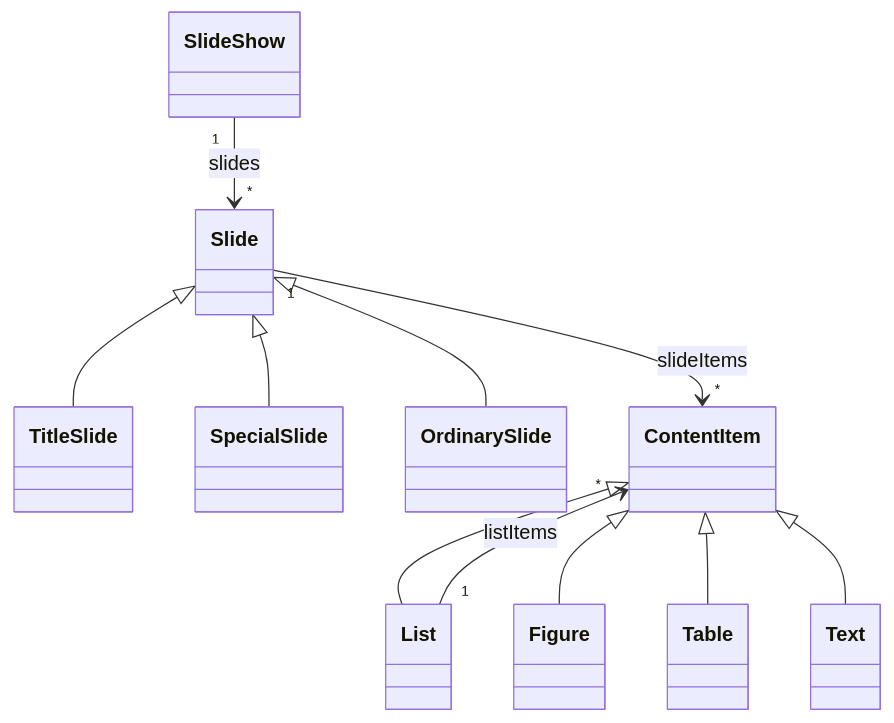
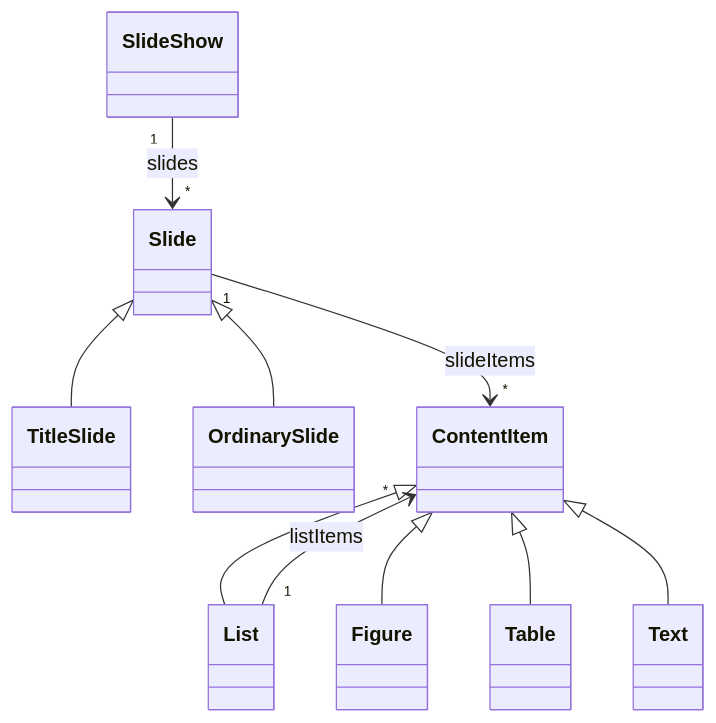
Before and after one commit to Borrelhapje/design-for-change: the diagram in UL.md, drawn with Mermaid. The commit also changed other lines of this file, not shown here.

````diff
--- a/UL.md
+++ b/UL.md
@@ -38,15 +32,14 @@
 ```mermaid
 classDiagram
   Slide <|-- TitleSlide
-  Slide <|-- SpecialSlide
   Slide <|-- OrdinarySlide
 
   ContentItem <|-- List
   ContentItem <|-- Figure
   ContentItem <|-- Table 
   ContentItem <|-- Text
 
   Slide "1" --> "*" ContentItem : slideItems
   SlideShow "1" --> "*" Slide : slides
   List "1" --> "*" ContentItem : listItems
 ```
````
